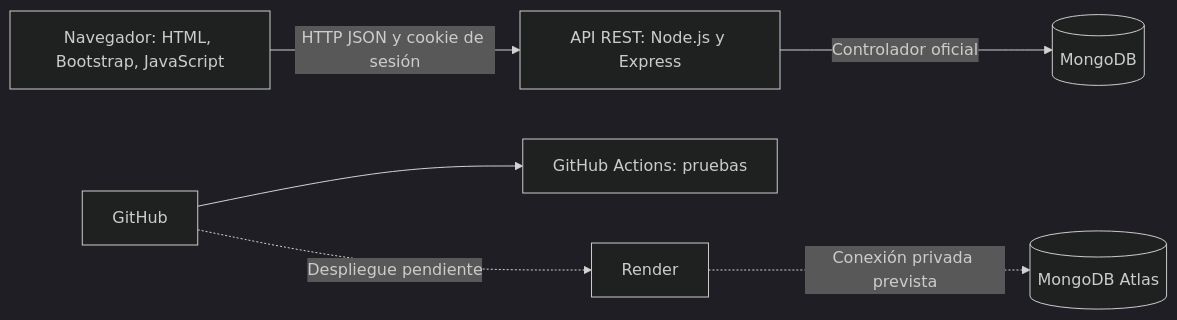
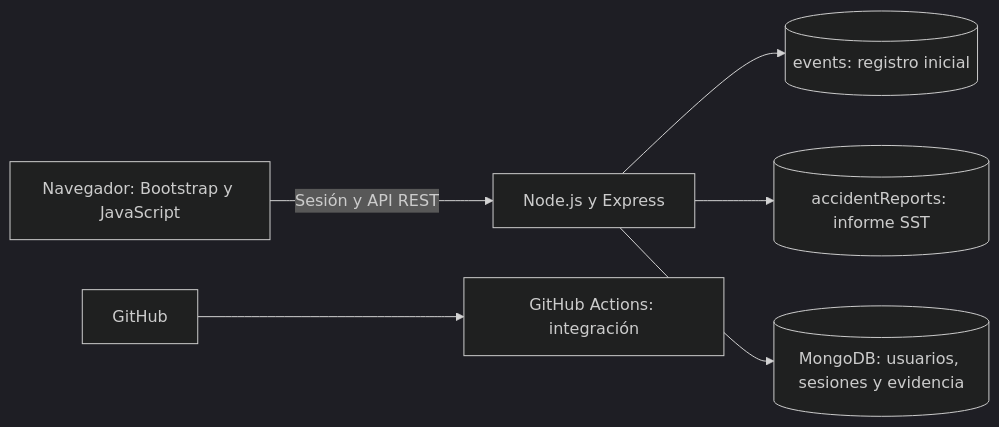
One commit to HEFRA-ws/ProyectoIngSoftware changed the first of 2 diagrams in docs/Arquitectura.md. Above: the diagram before and after it, drawn with Mermaid (dark theme). The commit also changed other lines of this file and 8 other files, not shown here.

````diff
--- a/docs/Arquitectura.md
+++ b/docs/Arquitectura.md
@@ -5,8 +5,8 @@
 ```mermaid
 flowchart LR
-  U[Navegador: HTML, Bootstrap, JavaScript] -->|HTTP JSON y cookie de sesión| A[API REST: Node.js y Express]
-  A -->|Controlador oficial| D[(MongoDB)]
-  G[GitHub] --> C[GitHub Actions: pruebas]
-  G -. Despliegue pendiente .-> R[Render]
-  R -. Conexión privada prevista .-> M[(MongoDB Atlas)]
+  U[Navegador: Bootstrap y JavaScript] -->|Sesión y API REST| A[Node.js y Express]
+  A --> E[(events: registro inicial)]
+  A --> I[(accidentReports: informe SST)]
+  A --> D[(MongoDB: usuarios, sesiones y evidencia)]
+  G[GitHub] --> C[GitHub Actions: integración]
 ```
````
